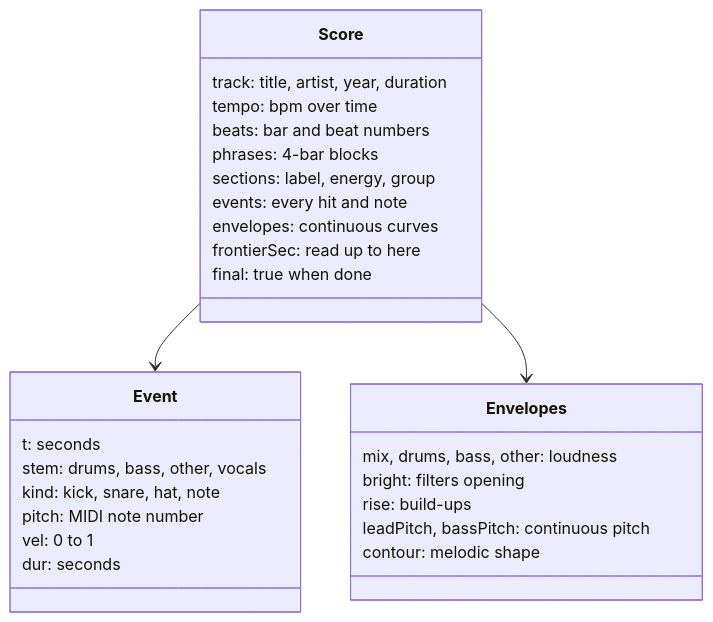
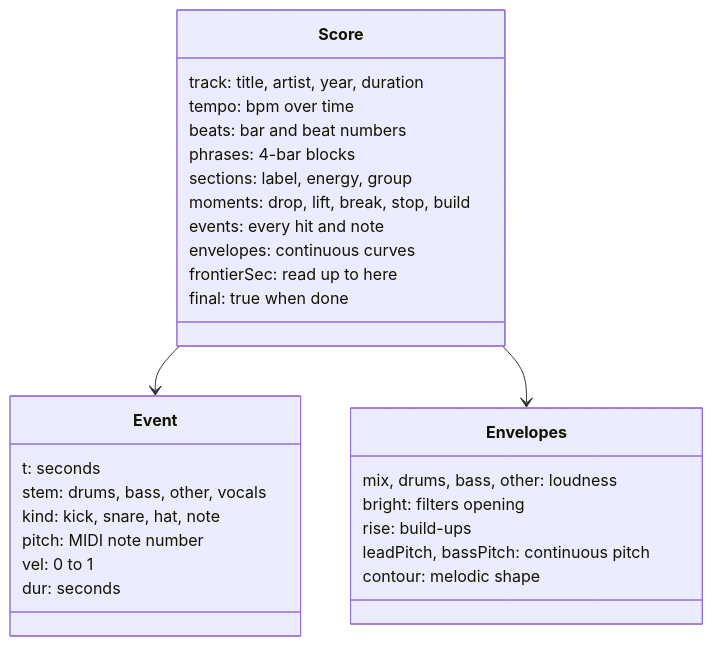
The fourth of 7 diagrams in docs/TECHNOLOGY.md (FrunkQ/gondryator), drawn with Mermaid before and after one commit. The commit also changed other lines of this file and 2 other files, not shown here.

First line of the commit message:
Docs: the three listening passes, moments and the 4/4 grid helpers for agents and humans

````diff
--- a/docs/TECHNOLOGY.md
+++ b/docs/TECHNOLOGY.md
@@ -89,31 +90,32 @@
 ```mermaid
 classDiagram
     class Score {
       track: title, artist, year, duration
       tempo: bpm over time
       beats: bar and beat numbers
       phrases: 4-bar blocks
       sections: label, energy, group
+      moments: drop, lift, break, stop, build
       events: every hit and note
       envelopes: continuous curves
       frontierSec: read up to here
       final: true when done
     }
     class Event {
       t: seconds
       stem: drums, bass, other, vocals
       kind: kick, snare, hat, note
       pitch: MIDI note number
       vel: 0 to 1
       dur: seconds
     }
     class Envelopes {
       mix, drums, bass, other: loudness
       bright: filters opening
       rise: build-ups
       leadPitch, bassPitch: continuous pitch
       contour: melodic shape
     }
     Score --> Event
     Score --> Envelopes
 ```
````
